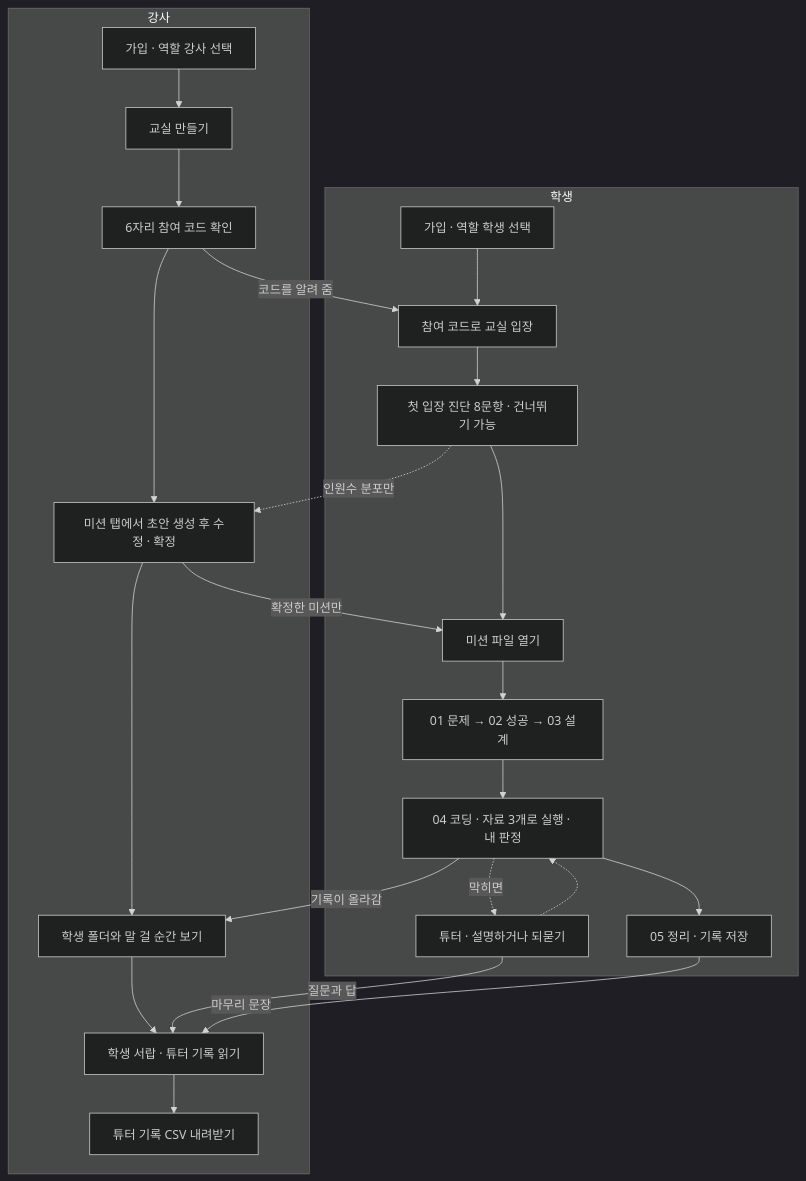
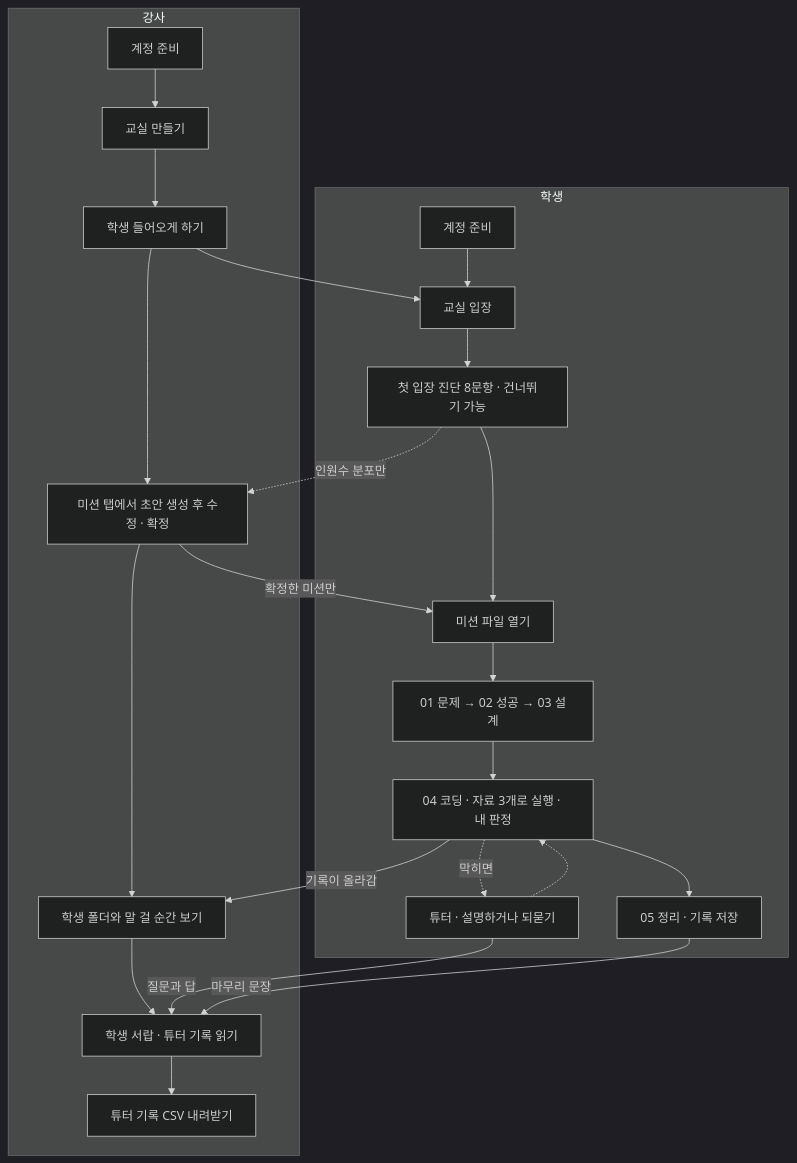
The diagram in docs/수업-흐름.md (tomchaccom/Cut-Check), drawn with Mermaid (dark theme) before and after one commit. The commit also changed other lines of this file, not shown here.

````diff
--- a/docs/수업-흐름.md
+++ b/docs/수업-흐름.md
@@ -180,27 +187,27 @@
 ```mermaid
 flowchart TD
   subgraph T[강사]
-    T1[가입 · 역할 강사 선택] --> T2[교실 만들기]
-    T2 --> T3[6자리 참여 코드 확인]
+    T1[계정 준비] --> T2[교실 만들기]
+    T2 --> T3[학생 들어오게 하기]
     T3 --> T4[미션 탭에서 초안 생성 후 수정 · 확정]
     T4 --> T5[학생 폴더와 말 걸 순간 보기]
     T5 --> T6[학생 서랍 · 튜터 기록 읽기]
     T6 --> T7[튜터 기록 CSV 내려받기]
   end
   subgraph S[학생]
-    S1[가입 · 역할 학생 선택] --> S2[참여 코드로 교실 입장]
+    S1[계정 준비] --> S2[교실 입장]
     S2 --> S3[첫 입장 진단 8문항 · 건너뛰기 가능]
     S3 --> S4[미션 파일 열기]
     S4 --> S5[01 문제 → 02 성공 → 03 설계]
     S5 --> S6[04 코딩 · 자료 3개로 실행 · 내 판정]
     S6 --> S7[05 정리 · 기록 저장]
     S6 -. 막히면 .-> TU[튜터 · 설명하거나 되묻기]
     TU -.-> S6
   end
-  T3 -- 코드를 알려 줌 --> S2
+  T3 --> S2
   T4 -- 확정한 미션만 --> S4
   S3 -. 인원수 분포만 .-> T4
   S6 -- 기록이 올라감 --> T5
   TU -- 질문과 답 --> T6
   S7 -- 마무리 문장 --> T6
 ```
````
